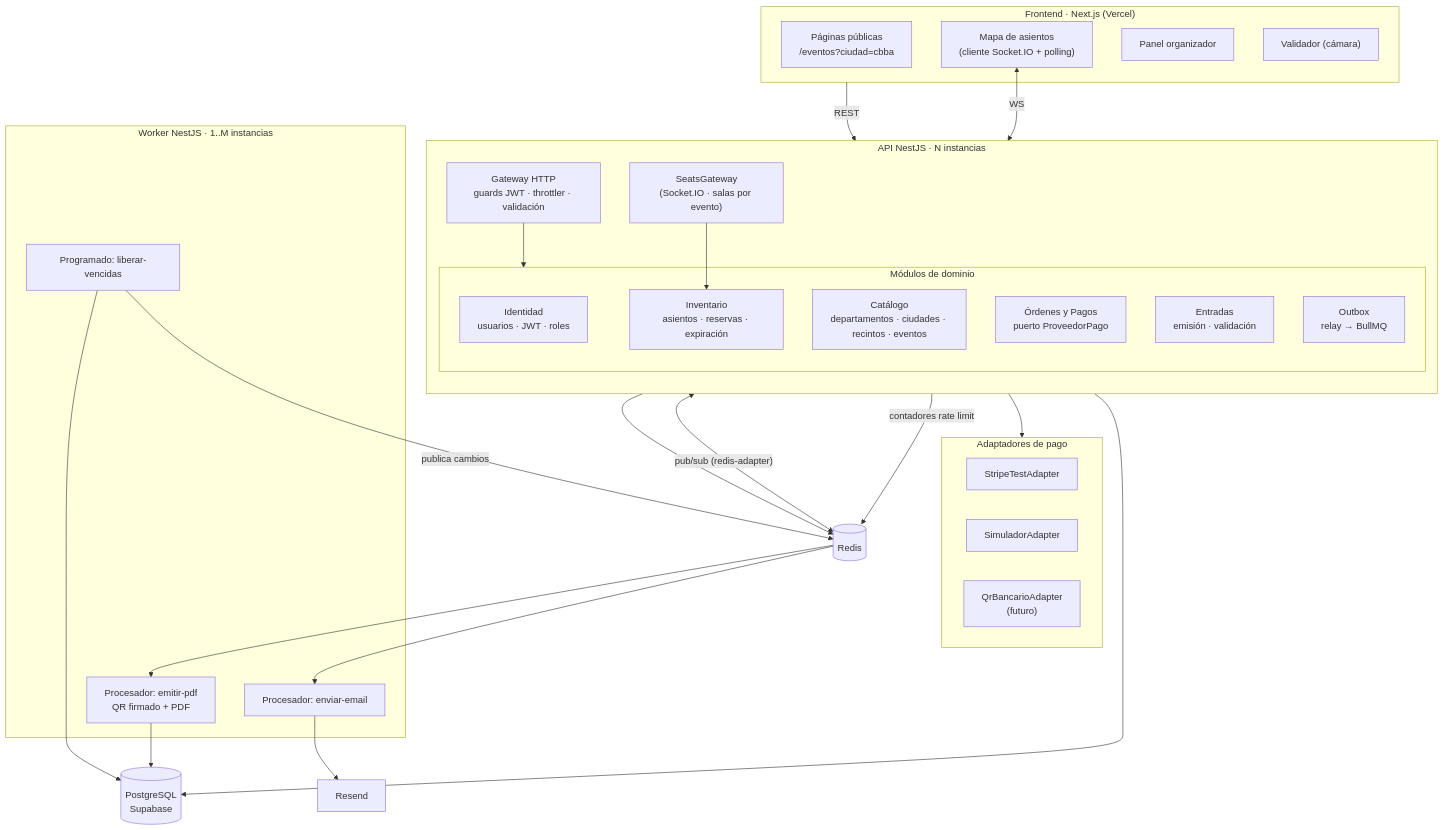
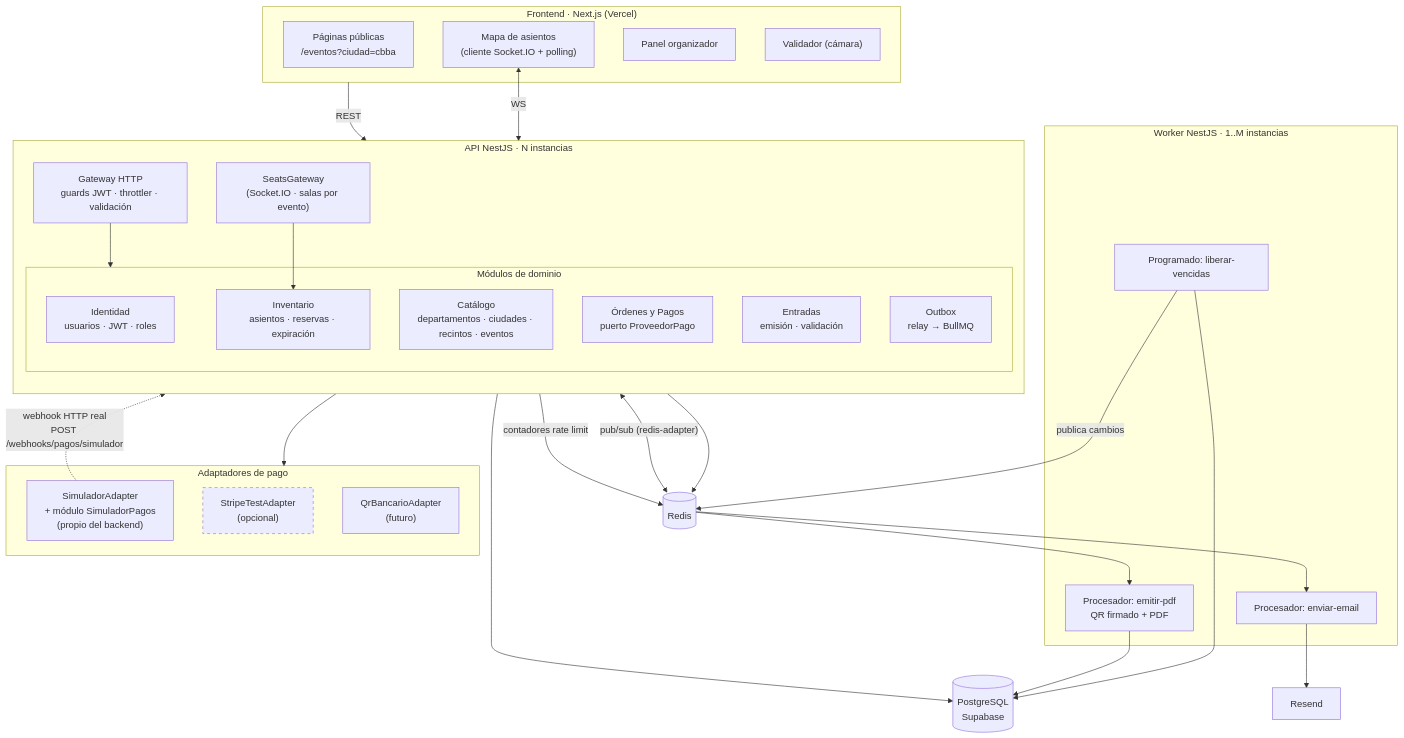
The first of 2 diagrams in Sistemas_Distribuidos/docs/03-arquitectura.md (oliver-franz123/ticketing-app), drawn with Mermaid before and after one commit. The commit also changed other lines of this file and 17 other files, not shown here.

Commit message:
docs: simulador de pagos como proveedor principal y plan de semana 1

````diff
--- a/Sistemas_Distribuidos/docs/03-arquitectura.md
+++ b/Sistemas_Distribuidos/docs/03-arquitectura.md
@@ -29,54 +29,56 @@
 ```mermaid
 flowchart TB
     subgraph FE["Frontend · Next.js (Vercel)"]
         P1["Páginas públicas<br/>/eventos?ciudad=cbba"]
         P2["Mapa de asientos<br/>(cliente Socket.IO + polling)"]
         P3["Panel organizador"]
         P4["Validador (cámara)"]
     end
 
     subgraph API["API NestJS · N instancias"]
         direction TB
         GW["Gateway HTTP<br/>guards JWT · throttler · validación"]
         WSG["SeatsGateway<br/>(Socket.IO · salas por evento)"]
         subgraph MOD["Módulos de dominio"]
             M1["Identidad<br/>usuarios · JWT · roles"]
             M2["Catálogo<br/>departamentos · ciudades · recintos · eventos"]
             M3["Inventario<br/>asientos · reservas · expiración"]
             M4["Órdenes y Pagos<br/>puerto ProveedorPago"]
             M5["Entradas<br/>emisión · validación"]
             M6["Outbox<br/>relay → BullMQ"]
         end
         GW --> MOD
         WSG --> M3
     end
 
     subgraph WK["Worker NestJS · 1..M instancias"]
         J1["Procesador: emitir-pdf<br/>QR firmado + PDF"]
         J2["Procesador: enviar-email"]
         J3["Programado: liberar-vencidas"]
     end
 
     subgraph ADP["Adaptadores de pago"]
-        A1["StripeTestAdapter"]
-        A2["SimuladorAdapter"]
+        A1["SimuladorAdapter<br/>+ módulo SimuladorPagos<br/>(propio del backend)"]
+        A2["StripeTestAdapter<br/>(opcional)"]
         A3["QrBancarioAdapter<br/>(futuro)"]
     end
+    style A2 stroke-dasharray: 5 5
 
     PG[("PostgreSQL<br/>Supabase")]
     RD[("Redis")]
     RS["Resend"]
 
     FE -- REST --> GW
     P2 <-- WS --> WSG
     M4 --> ADP
+    A1 -. "webhook HTTP real<br/>POST /webhooks/pagos/simulador" .-> GW
     MOD --> PG
     M6 --> RD
     WSG <-- "pub/sub (redis-adapter)" --> RD
     GW -- "contadores rate limit" --> RD
     RD --> J1 & J2
     J3 --> PG
     J3 -- "publica cambios" --> RD
     J1 --> PG
     J2 --> RS
 ```
````
